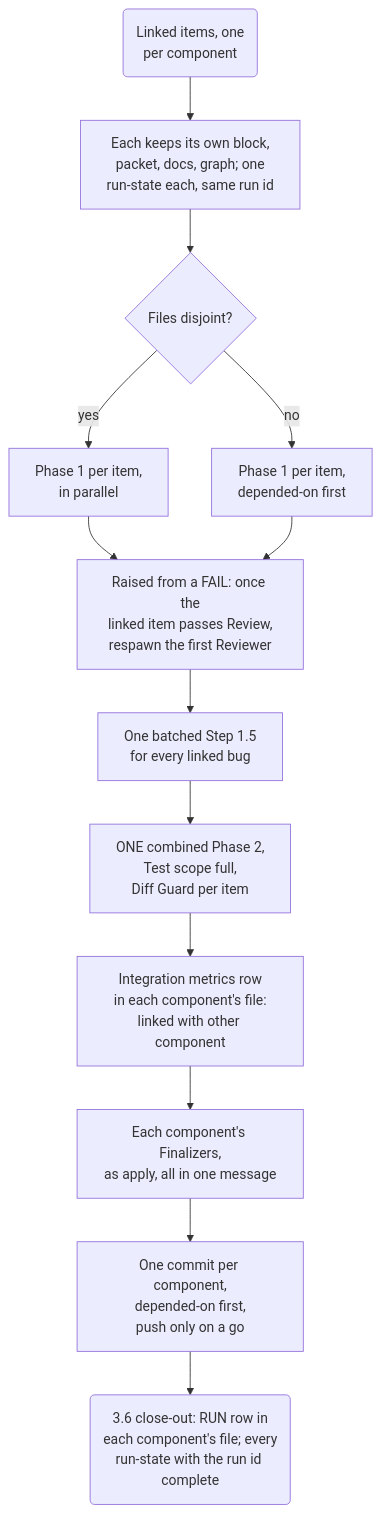
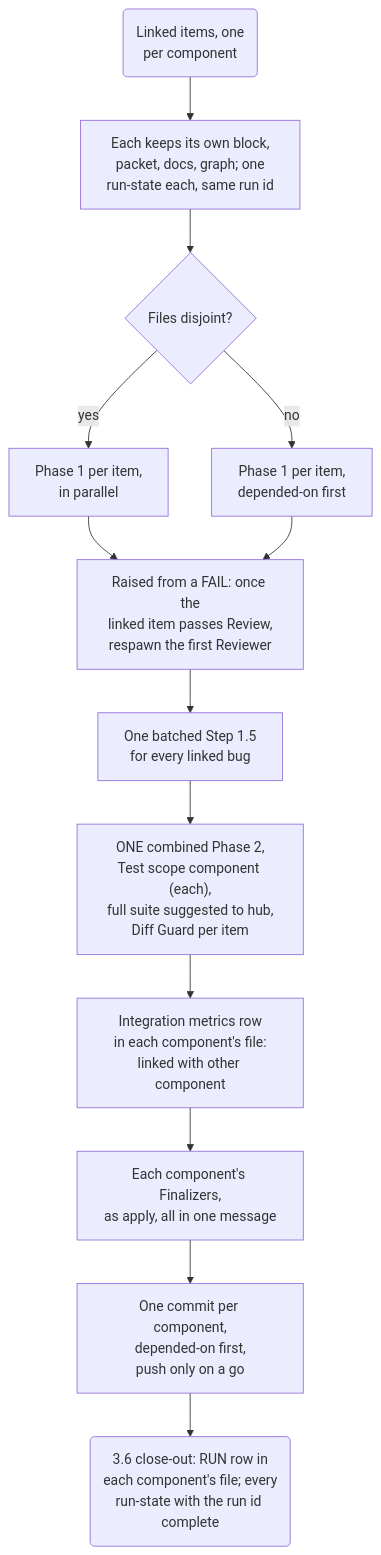
The second of 2 diagrams in skills/plugin-orchestrator-development-pattern/mermaid/11-linked-runs.md (muhammedalikhan86/claude-stash), drawn with Mermaid before and after one commit. The commit also changed 18 other files, not shown here.

First line of the commit message:
feat(testing): impacted tests by default; hub alone decides the entire suite; hub task bar

````diff
--- a/skills/plugin-orchestrator-development-pattern/mermaid/11-linked-runs.md
+++ b/skills/plugin-orchestrator-development-pattern/mermaid/11-linked-runs.md
@@ -29,15 +29,15 @@
 ```mermaid
 flowchart TD
     S0("Linked items, one<br/>per component") --> Own["Each keeps its own block,<br/>packet, docs, graph; one<br/>run-state each, same run id"]
     Own --> Disj{"Files disjoint?"}
     Disj -->|"yes"| Par["Phase 1 per item,<br/>in parallel"]
     Disj -->|"no"| Seq["Phase 1 per item,<br/>depended-on first"]
     Par --> Resp
     Seq --> Resp["Raised from a FAIL: once the<br/>linked item passes Review,<br/>respawn the first Reviewer"]
     Resp --> MV["One batched Step 1.5<br/>for every linked bug"]
-    MV --> Int["ONE combined Phase 2,<br/>Test scope full,<br/>Diff Guard per item"]
+    MV --> Int["ONE combined Phase 2,<br/>Test scope component (each),<br/>full suite suggested to hub,<br/>Diff Guard per item"]
     Int --> Met["Integration metrics row<br/>in each component's file:<br/>linked with other component"]
     Met --> Fin["Each component's Finalizers,<br/>as apply, all in one message"]
     Fin --> Commit["One commit per component,<br/>depended-on first,<br/>push only on a go"]
     Commit --> Close("3.6 close-out: RUN row in<br/>each component's file; every<br/>run-state with the run id complete")
 ```
````
